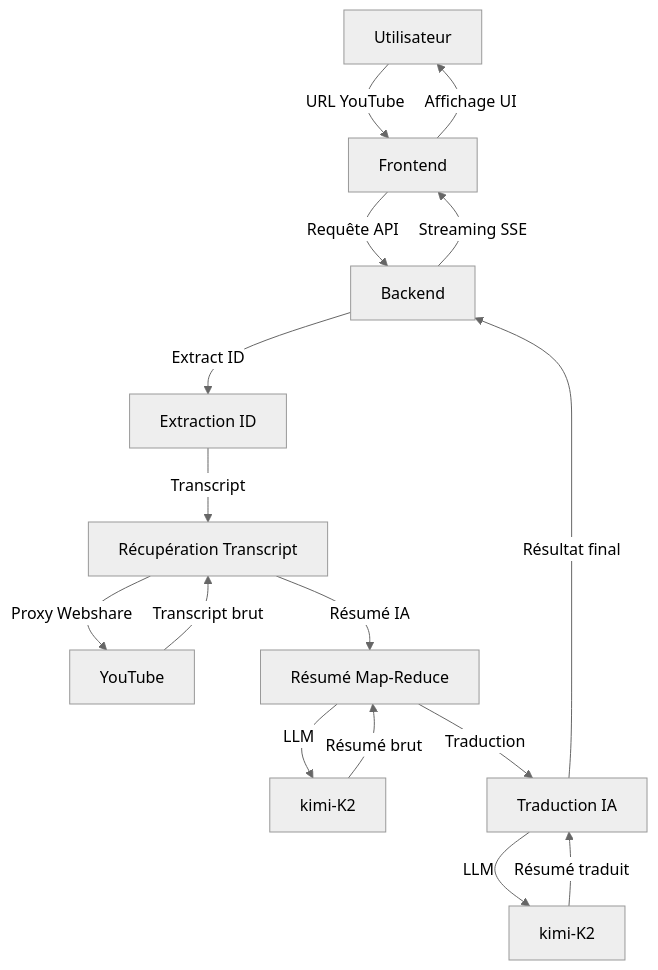
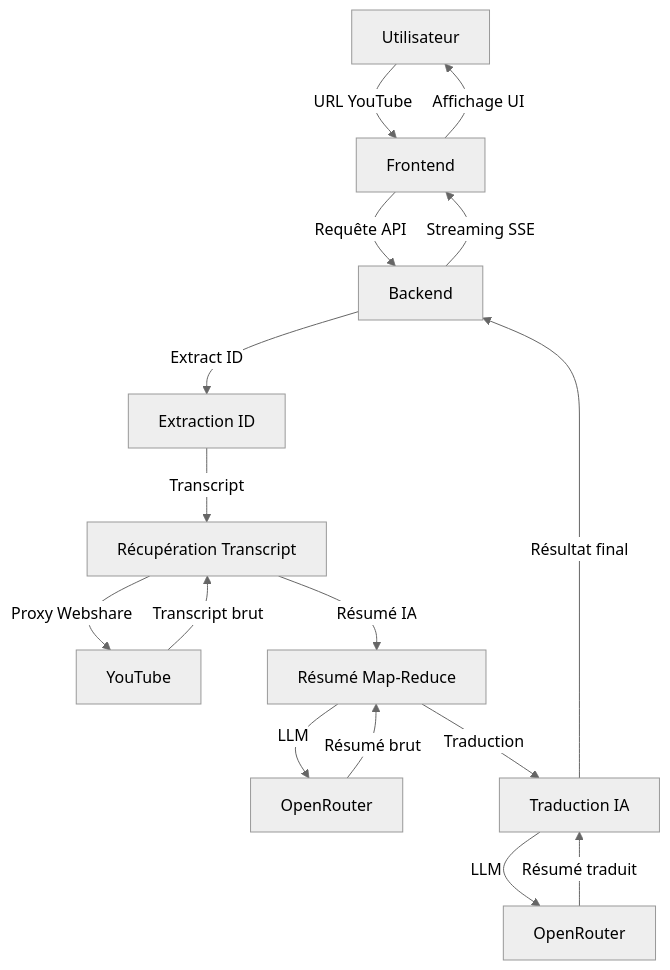
One commit to matt-GTN/zenyth changed the diagram in README.md. Above: the diagram before and after it, drawn with Mermaid (neutral theme). The commit also changed other lines of this file and 3 other files, not shown here.

````diff
--- a/README.md
+++ b/README.md
@@ -22,18 +22,18 @@
 ```mermaid
 graph TD
     A[Utilisateur] -->|URL YouTube| B[Frontend]
     B -->|Requête API| C[Backend]
     C -->|Extract ID| D[Extraction ID]
     D -->|Transcript| E[Récupération Transcript]
     E -->|Proxy Webshare| F[YouTube]
     F -->|Transcript brut| E
     E -->|Résumé IA| G[Résumé Map-Reduce]
-    G -->|LLM| H[kimi-K2]
+    G -->|LLM| H[OpenRouter]
     H -->|Résumé brut| G
     G -->|Traduction| I[Traduction IA]
-    I -->|LLM| J[kimi-K2]
+    I -->|LLM| J[OpenRouter]
     J -->|Résumé traduit| I
     I -->|Résultat final| C
     C -->|Streaming SSE| B
     B -->|Affichage UI| A
 ```
````
